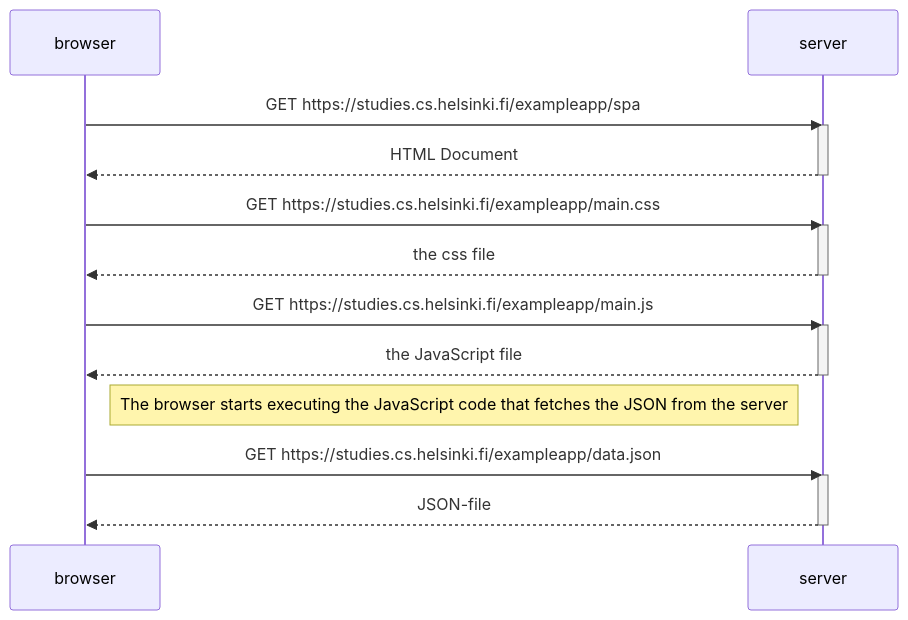
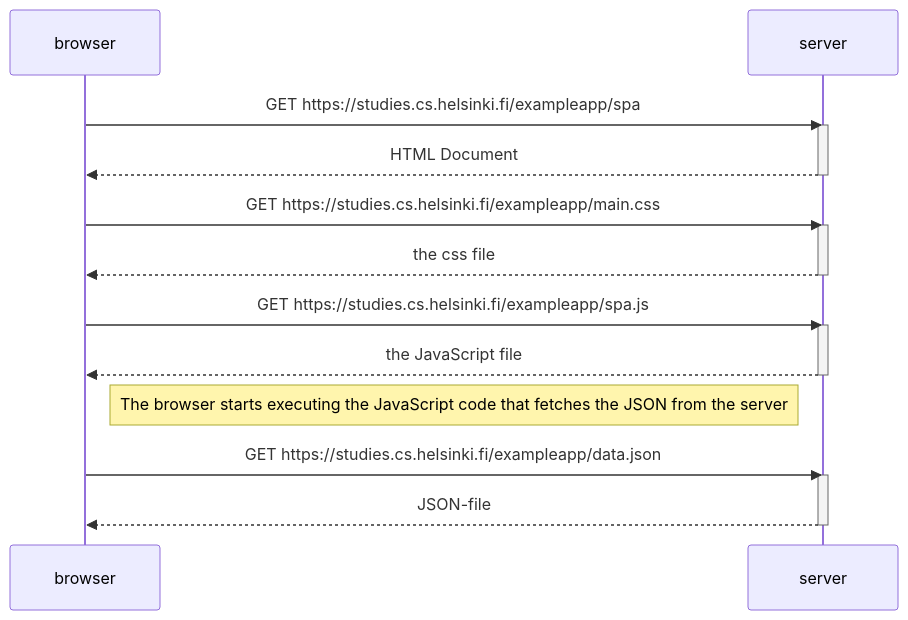
Before and after one commit to sarkilahtisa/Palautusrepositorio: the diagram in 05_singela_page_app.md, drawn with Mermaid.

````diff
--- a/05_singela_page_app.md
+++ b/05_singela_page_app.md
@@ -1,27 +1,27 @@
 ```mermaid
 sequenceDiagram
     participant browser
     participant server
     
     browser->>server: GET https://studies.cs.helsinki.fi/exampleapp/spa
     activate server
     server-->>browser: HTML Document
     deactivate server
     
     browser->>server: GET https://studies.cs.helsinki.fi/exampleapp/main.css
     activate server
     server-->>browser: the css file
     deactivate server
     
-    browser->>server: GET https://studies.cs.helsinki.fi/exampleapp/main.js
+    browser->>server: GET https://studies.cs.helsinki.fi/exampleapp/spa.js
     activate server
     server-->>browser: the JavaScript file
     deactivate server
     
     Note right of browser: The browser starts executing the JavaScript code that fetches the JSON from the server
     
     browser->>server: GET https://studies.cs.helsinki.fi/exampleapp/data.json
     activate server
     server-->>browser: JSON-file
     deactivate server    
 ```
````
